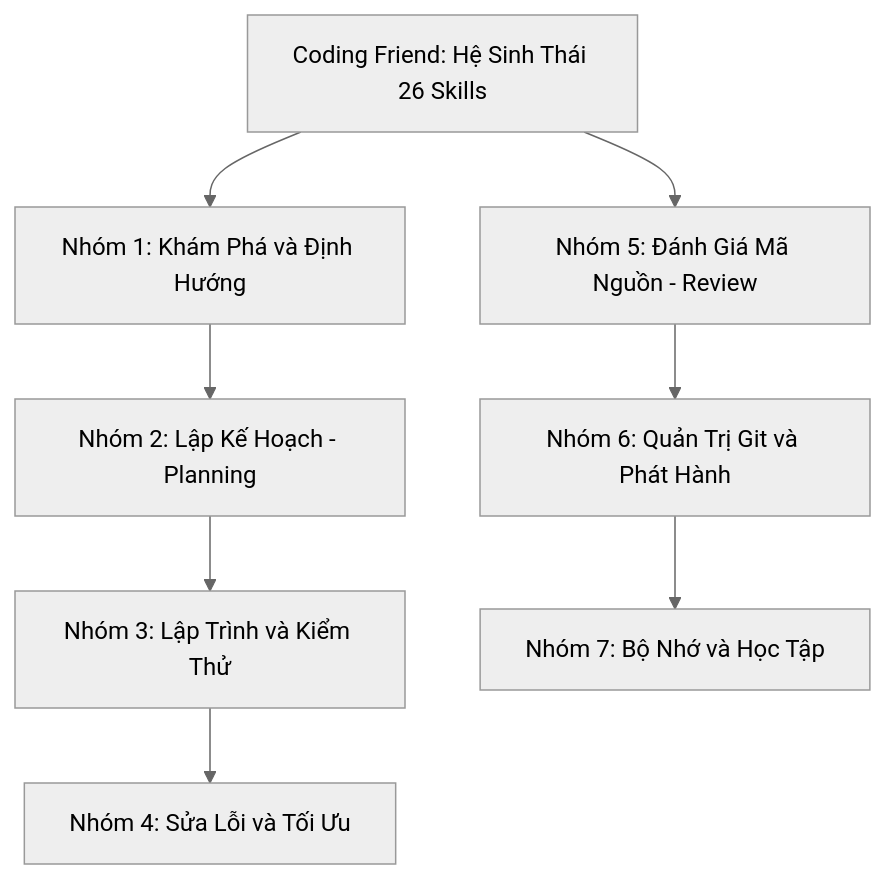
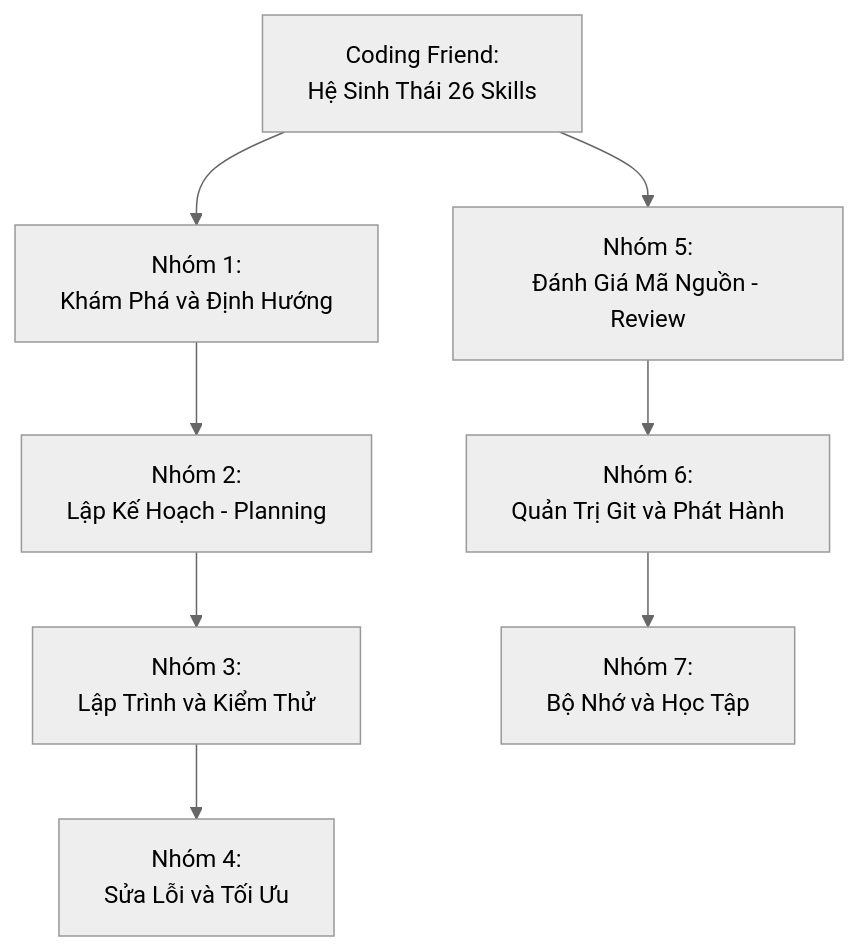
Before and after one commit to nguyengoctin/my_website: the second of 6 diagrams in content/posts/toan-tap-coding-friend-ai-engineering.md, drawn with Mermaid (neutral theme). The commit also changed other lines of this file and 3 other files, not shown here.

````diff
--- a/content/posts/toan-tap-coding-friend-ai-engineering.md
+++ b/content/posts/toan-tap-coding-friend-ai-engineering.md
@@ -63,11 +63,11 @@
 ```mermaid
 flowchart TD
-    CF["`Coding Friend: Hệ Sinh Thái 26 Skills`"]
-    CF --> G1["`Nhóm 1: Khám Phá và Định Hướng`"]
-    CF --> G5["`Nhóm 5: Đánh Giá Mã Nguồn - Review`"]
-    G1 --> G2["`Nhóm 2: Lập Kế Hoạch - Planning`"]
-    G2 --> G3["`Nhóm 3: Lập Trình và Kiểm Thử`"]
-    G3 --> G4["`Nhóm 4: Sửa Lỗi và Tối Ưu`"]
-    G5 --> G6["`Nhóm 6: Quản Trị Git và Phát Hành`"]
-    G6 --> G7["`Nhóm 7: Bộ Nhớ và Học Tập`"]
+    CF["`Coding Friend:<br/>Hệ Sinh Thái 26 Skills`"]
+    CF --> G1["`Nhóm 1:<br/>Khám Phá và Định Hướng`"]
+    CF --> G5["`Nhóm 5:<br/>Đánh Giá Mã Nguồn - Review`"]
+    G1 --> G2["`Nhóm 2:<br/>Lập Kế Hoạch - Planning`"]
+    G2 --> G3["`Nhóm 3:<br/>Lập Trình và Kiểm Thử`"]
+    G3 --> G4["`Nhóm 4:<br/>Sửa Lỗi và Tối Ưu`"]
+    G5 --> G6["`Nhóm 6:<br/>Quản Trị Git và Phát Hành`"]
+    G6 --> G7["`Nhóm 7:<br/>Bộ Nhớ và Học Tập`"]
 ```
````
